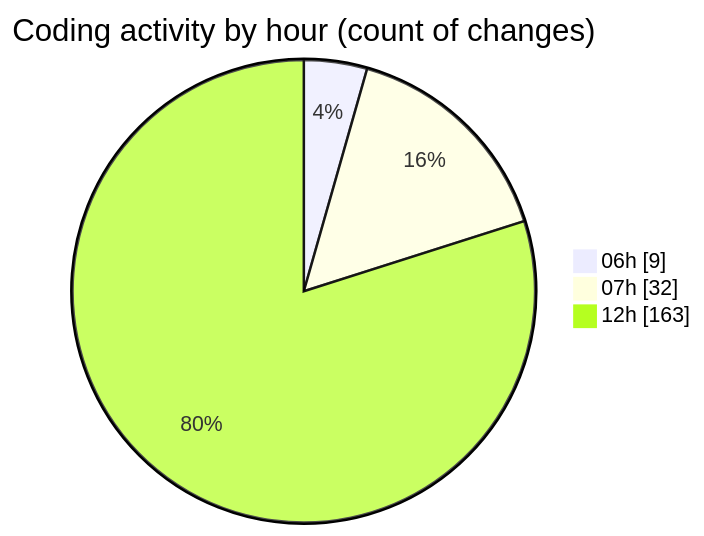
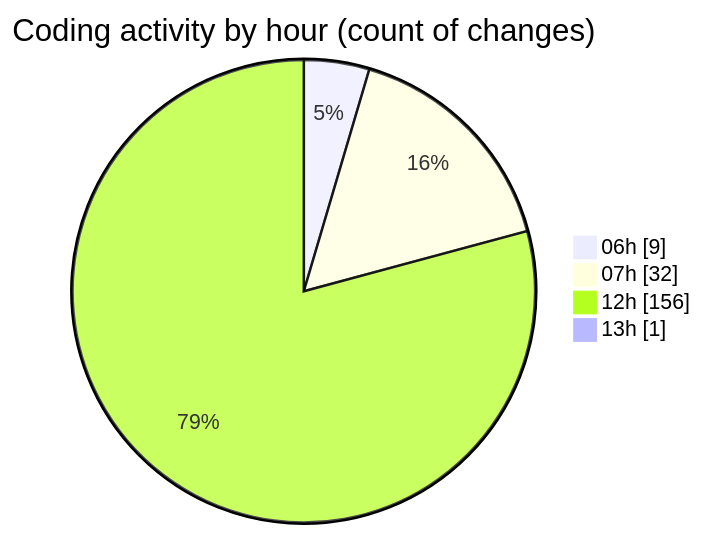
One commit to robertbonfada/code-tracking changed the second of 2 diagrams in 2025-02-18/mbc-web/README.md. Above: the diagram before and after it, drawn with Mermaid. The commit also changed other lines of this file and 1 other file, not shown here.

````diff
--- a/2025-02-18/mbc-web/README.md
+++ b/2025-02-18/mbc-web/README.md
@@ -132,7 +129,8 @@
 ```mermaid
 pie showData
 title Coding activity by hour (count of changes)
 "06h" : 9
 "07h" : 32
-"12h" : 163
+"12h" : 156
+"13h" : 1
 ```
````
